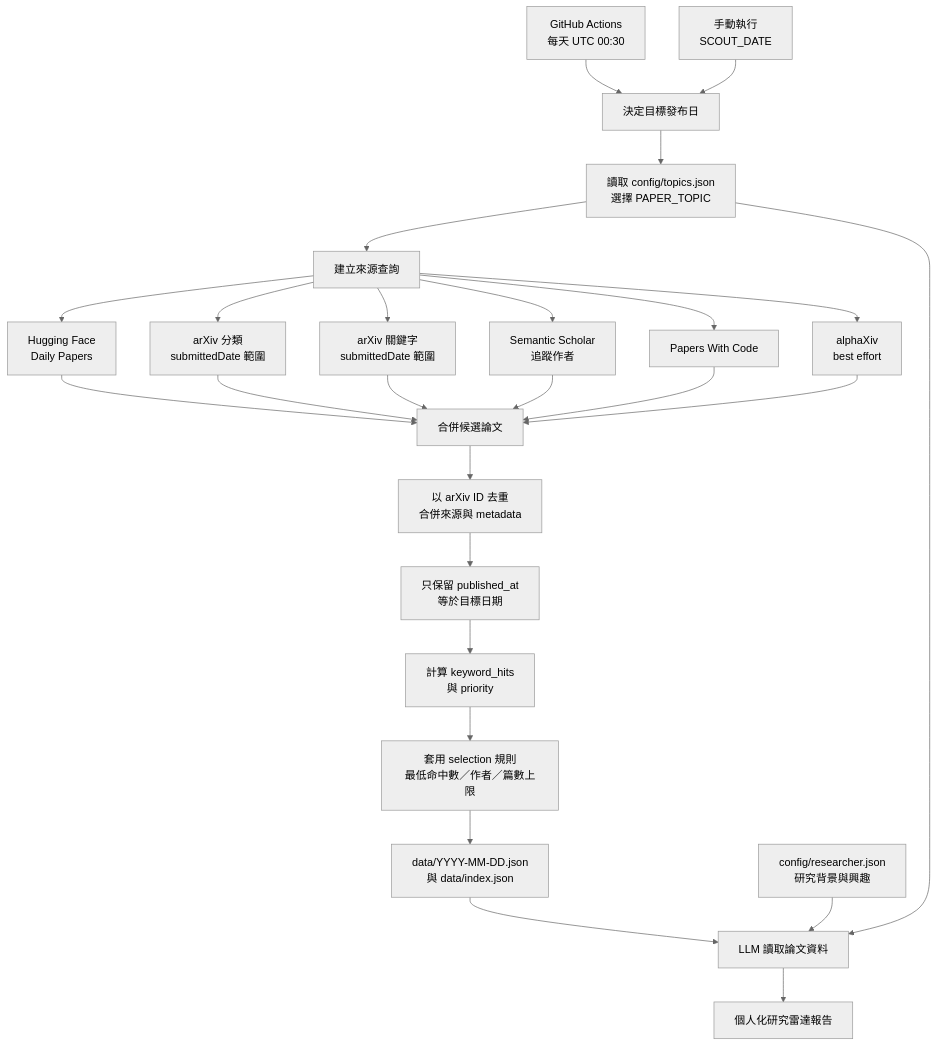
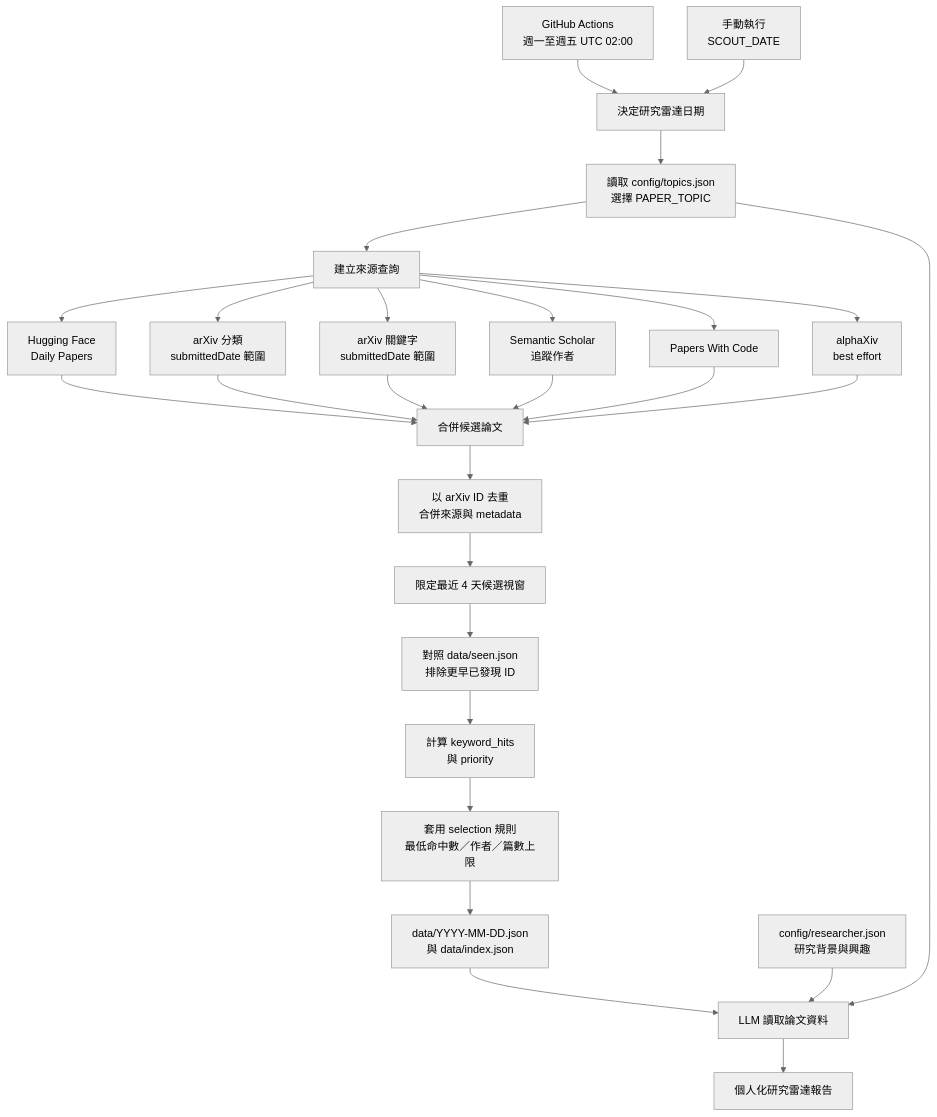
One commit to tbdavid2019/paper-daily changed the diagram in README.md. Above: the diagram before and after it, drawn with Mermaid (neutral theme). The commit also changed other lines of this file and 10 other files, not shown here.

````diff
--- a/README.md
+++ b/README.md
@@ -49,33 +50,34 @@
 ```mermaid
 flowchart TD
-    A[GitHub Actions<br/>每天 UTC 00:30] --> C[決定目標發布日]
+    A[GitHub Actions<br/>週一至週五 UTC 02:00] --> C[決定研究雷達日期]
     B[手動執行<br/>SCOUT_DATE] --> C
 
     C --> D[讀取 config/topics.json<br/>選擇 PAPER_TOPIC]
     D --> E[建立來源查詢]
 
     E --> F1[Hugging Face<br/>Daily Papers]
     E --> F2[arXiv 分類<br/>submittedDate 範圍]
     E --> F3[arXiv 關鍵字<br/>submittedDate 範圍]
     E --> F4[Semantic Scholar<br/>追蹤作者]
     E --> F5[Papers With Code]
     E --> F6[alphaXiv<br/>best effort]
 
     F1 --> G[合併候選論文]
     F2 --> G
     F3 --> G
     F4 --> G
     F5 --> G
     F6 --> G
 
     G --> H[以 arXiv ID 去重<br/>合併來源與 metadata]
-    H --> I[只保留 published_at<br/>等於目標日期]
-    I --> J[計算 keyword_hits<br/>與 priority]
+    H --> I[限定最近 4 天候選視窗]
+    I --> I2[對照 data/seen.json<br/>排除更早已發現 ID]
+    I2 --> J[計算 keyword_hits<br/>與 priority]
     J --> K[套用 selection 規則<br/>最低命中數／作者／篇數上限]
     K --> L[data/YYYY-MM-DD.json<br/>與 data/index.json]
 
     L --> M[LLM 讀取論文資料]
     N[config/researcher.json<br/>研究背景與興趣] --> M
     D --> M
     M --> O[個人化研究雷達報告]
 ```
````
